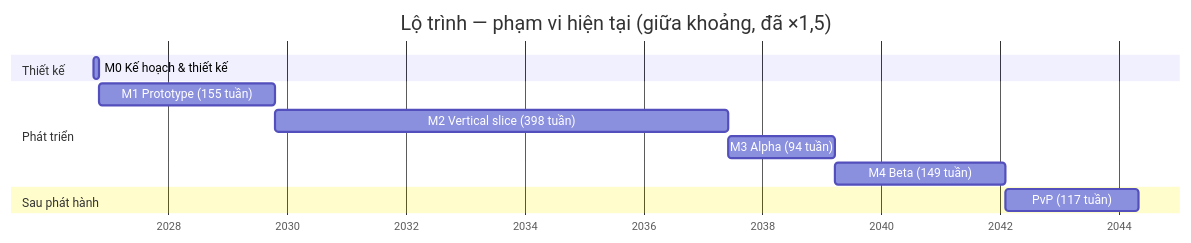
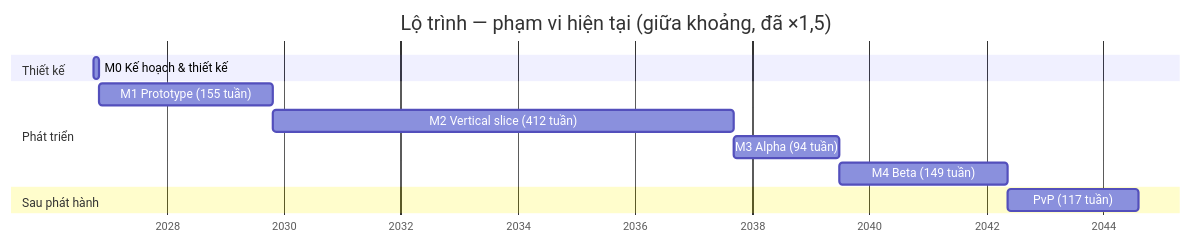
Before and after one commit to w-vi-khang/my-game: the diagram in design/05-roadmap.md, drawn with Mermaid. The commit also changed other lines of this file and 4 other files, not shown here.

Commit message:
design: world — map 128×128×48 có hang, nước chảy (M2, 8–15), đào/đặt nguyên ô, đổi bộ sinh thì sinh lại chunk chưa sửa; roadmap tính lại

````diff
--- a/design/05-roadmap.md
+++ b/design/05-roadmap.md
@@ -72,15 +72,15 @@
 ```mermaid
 gantt
     title Lộ trình — phạm vi hiện tại (giữa khoảng, đã ×1,5)
     dateFormat YYYY-MM-DD
     axisFormat %Y
     section Thiết kế
     M0 Kế hoạch & thiết kế        :m0, 2026-10-01, 32d
     section Phát triển
     M1 Prototype (155 tuần)        :m1, after m0, 1084d
-    M2 Vertical slice (398 tuần)   :m2, after m1, 2785d
+    M2 Vertical slice (412 tuần)   :m2, after m1, 2881d
     M3 Alpha (94 tuần)             :m3, after m2, 659d
     M4 Beta (149 tuần)             :m4, after m3, 1046d
     section Sau phát hành
     PvP (117 tuần)                 :pvp, after m4, 819d
 ```
````
